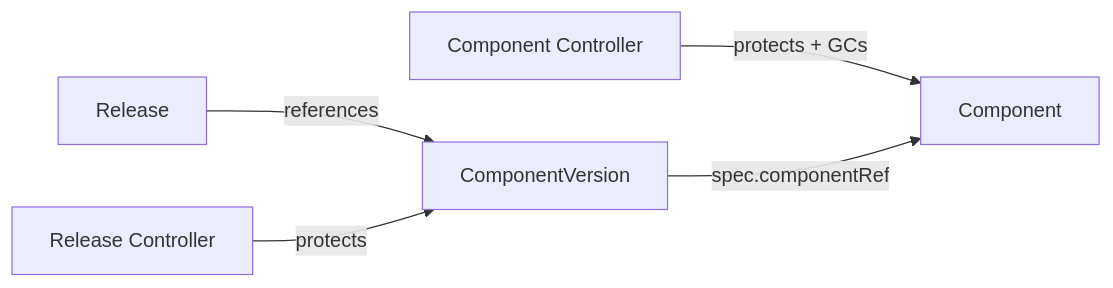
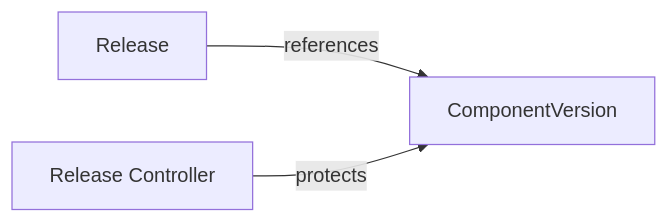
Before and after one commit to opendefensecloud/solution-arsenal: the second of 2 diagrams in docs/developer-guide/componentversion_controller.md, drawn with Mermaid. The commit also changed other lines of this file and 99 other files, not shown here.

````diff
--- a/docs/developer-guide/componentversion_controller.md
+++ b/docs/developer-guide/componentversion_controller.md
@@ -39,7 +35,5 @@
 ```mermaid
 flowchart LR
-    CompCtrl[Component Controller] -->|protects + GCs| Component
-    ComponentVersion -->|spec.componentRef| Component
     Release -->|references| ComponentVersion
     ReleaseCtrl[Release Controller] -->|protects| ComponentVersion
 ```
````
